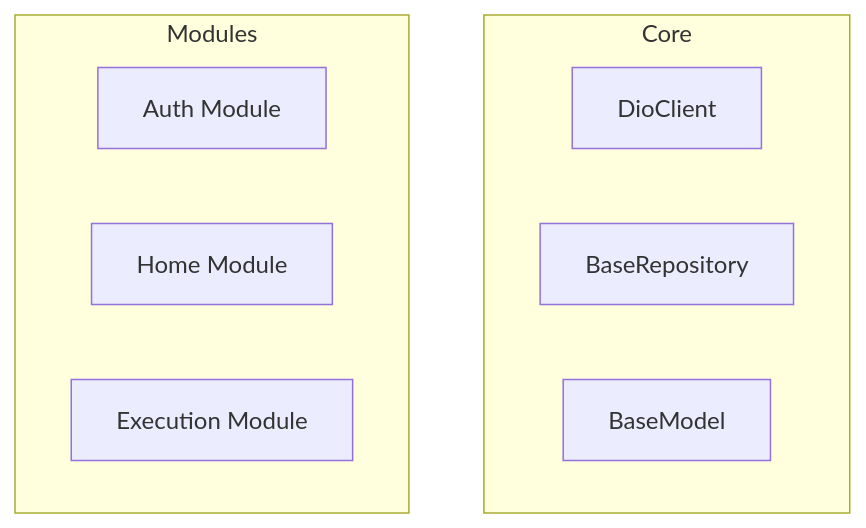
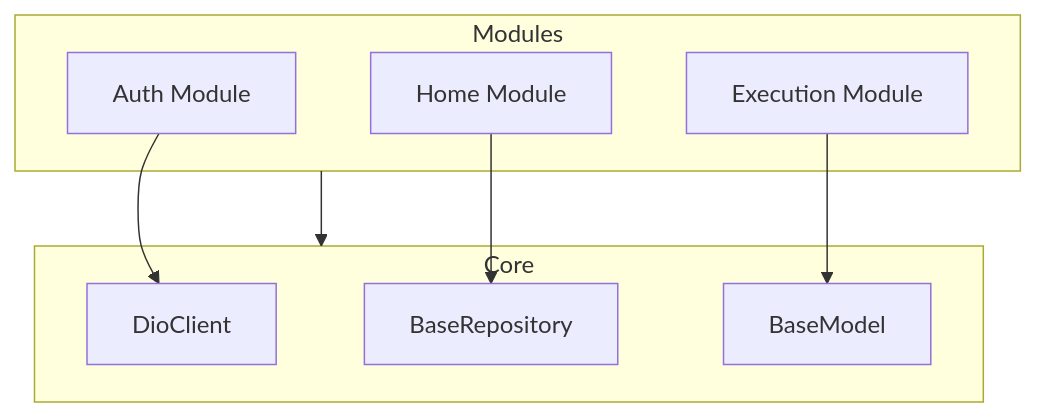
Before and after one commit to Diegonunes7/ads5-20261-serviceflow: the second of 2 diagrams in README.md, drawn with Mermaid.

Commit message:
Fix formatting in README for module documentation

````diff
--- a/README.md
+++ b/README.md
@@ -137,14 +137,19 @@
 ```mermaid
 graph TD
     subgraph Core
         DioClient[DioClient]
         BaseRepository[BaseRepository]
         BaseModel[BaseModel]
     end
     
     subgraph Modules
         Auth[Auth Module]
         Home[Home Module]
         Execution[Execution Module]
     end
-   ``` 
+ 
+    Modules --> Core
+    Auth --> DioClient
+    Home --> BaseRepository
+    Execution --> BaseModel
+```
````
